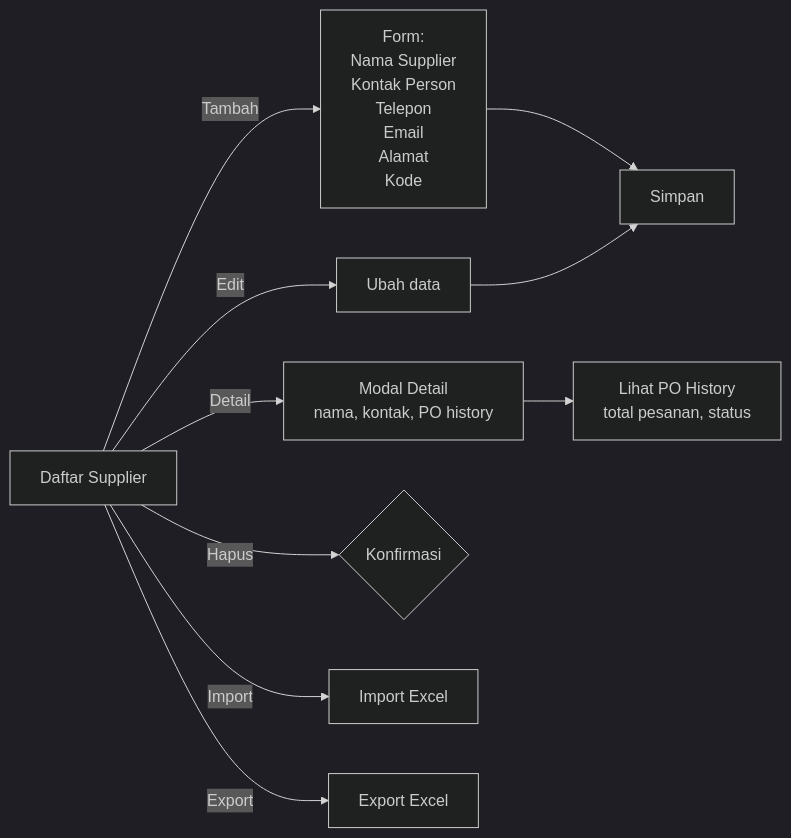
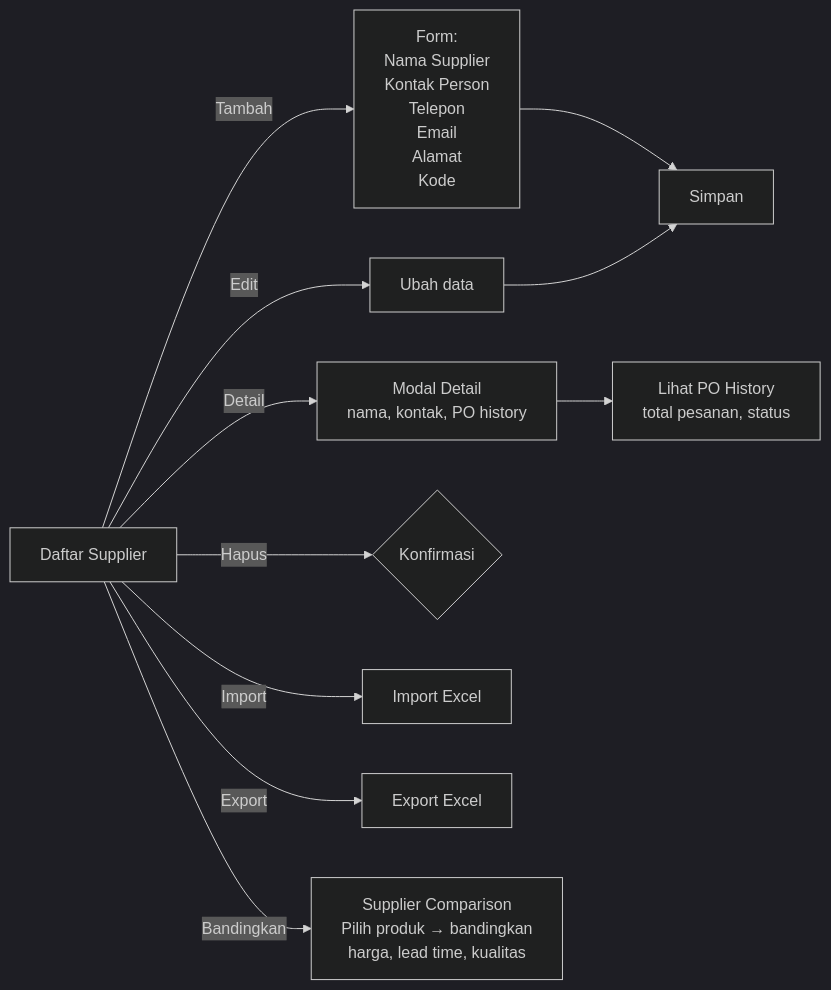
One commit to teddferdy/FE-POS-App changed diagram 14 of 55 in PANDUAN-SUPER-ADMIN.md. Above: the diagram before and after it, drawn with Mermaid (dark theme). The commit also changed other lines of this file and 23 other files, not shown here.

First line of the commit message:
feat: multi-merchant store context + supplier comparison + golden UX pattern

````diff
--- a/PANDUAN-SUPER-ADMIN.md
+++ b/PANDUAN-SUPER-ADMIN.md
@@ -759,12 +760,13 @@
 ```mermaid
 flowchart LR
     LIST_SUPP[Daftar Supplier] -->|Tambah| ADD_SUPP[Form:<br/>Nama Supplier<br/>Kontak Person<br/>Telepon<br/>Email<br/>Alamat<br/>Kode]
     LIST_SUPP -->|Edit| EDIT_SUPP[Ubah data]
     LIST_SUPP -->|Detail| DETAIL_SUPP[Modal Detail<br/>nama, kontak, PO history]
     LIST_SUPP -->|Hapus| DEL_SUPP{Konfirmasi}
     LIST_SUPP -->|Import| IMP_SUPP[Import Excel]
     LIST_SUPP -->|Export| EXP_SUPP[Export Excel]
+    LIST_SUPP -->|Bandingkan| COMPARE[Supplier Comparison<br/>Pilih produk → bandingkan<br/>harga, lead time, kualitas]
     ADD_SUPP --> SAVE_SUPP[Simpan]
     EDIT_SUPP --> SAVE_SUPP
     DETAIL_SUPP --> PO_HIST[Lihat PO History<br/>total pesanan, status]
 ```
````
